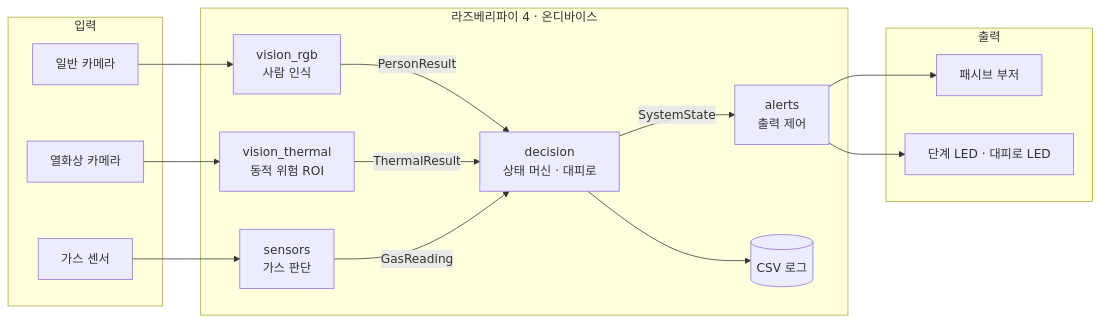
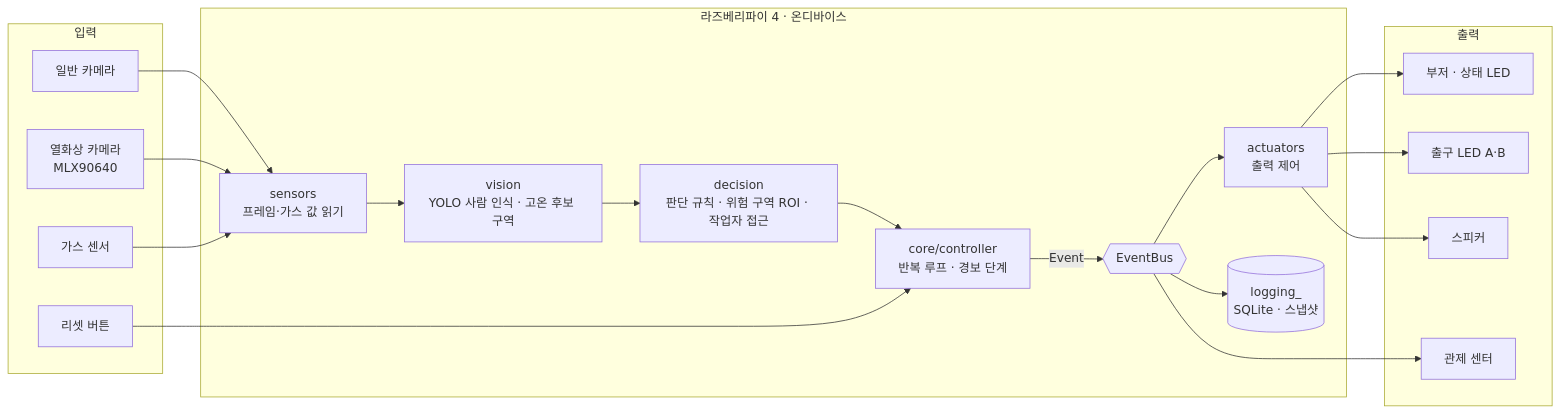
One commit to HD-OndeviceAI-proj1-team2/team2 changed the diagram in docs/06-system-design.md. Above: the diagram before and after it, drawn with Mermaid. The commit also changed other lines of this file and 6 other files, not shown here.

````diff
--- a/docs/06-system-design.md
+++ b/docs/06-system-design.md
@@ -15,30 +15,38 @@
 ```mermaid
 flowchart LR
     subgraph 입력
         RGB[일반 카메라]
-        TH[열화상 카메라]
+        TH[열화상 카메라<br>MLX90640]
         GAS[가스 센서]
+        BTN[리셋 버튼]
     end
     subgraph RPi[라즈베리파이 4 · 온디바이스]
-        V1[vision_rgb<br>사람 인식]
-        V2[vision_thermal<br>동적 위험 ROI]
-        S[sensors<br>가스 판단]
-        D[decision<br>상태 머신 · 대피로]
-        A[alerts<br>출력 제어]
-        L[(CSV 로그)]
+        S[sensors<br>프레임·가스 값 읽기]
+        V[vision<br>YOLO 사람 인식 · 고온 후보 구역]
+        D[decision<br>판단 규칙 · 위험 구역 ROI · 작업자 접근]
+        C[core/controller<br>반복 루프 · 경보 단계]
+        BUS{{EventBus}}
+        A[actuators<br>출력 제어]
+        L[(logging_<br>SQLite · 스냅샷)]
     end
     subgraph 출력
-        BZ[패시브 부저]
-        LED[단계 LED · 대피로 LED]
+        OUT1[부저 · 상태 LED]
+        OUT2[출구 LED A·B]
+        OUT3[스피커]
+        OUT4[관제 센터]
     end
-    RGB --> V1
-    TH --> V2
+    RGB --> S
+    TH --> S
     GAS --> S
-    V1 -- PersonResult --> D
-    V2 -- ThermalResult --> D
-    S -- GasReading --> D
-    D -- SystemState --> A
-    D --> L
-    A --> BZ
-    A --> LED
+    S --> V
+    V --> D
+    D --> C
+    BTN --> C
+    C -- Event --> BUS
+    BUS --> A
+    BUS --> L
+    BUS --> OUT4
+    A --> OUT1
+    A --> OUT2
+    A --> OUT3
 ```
````
